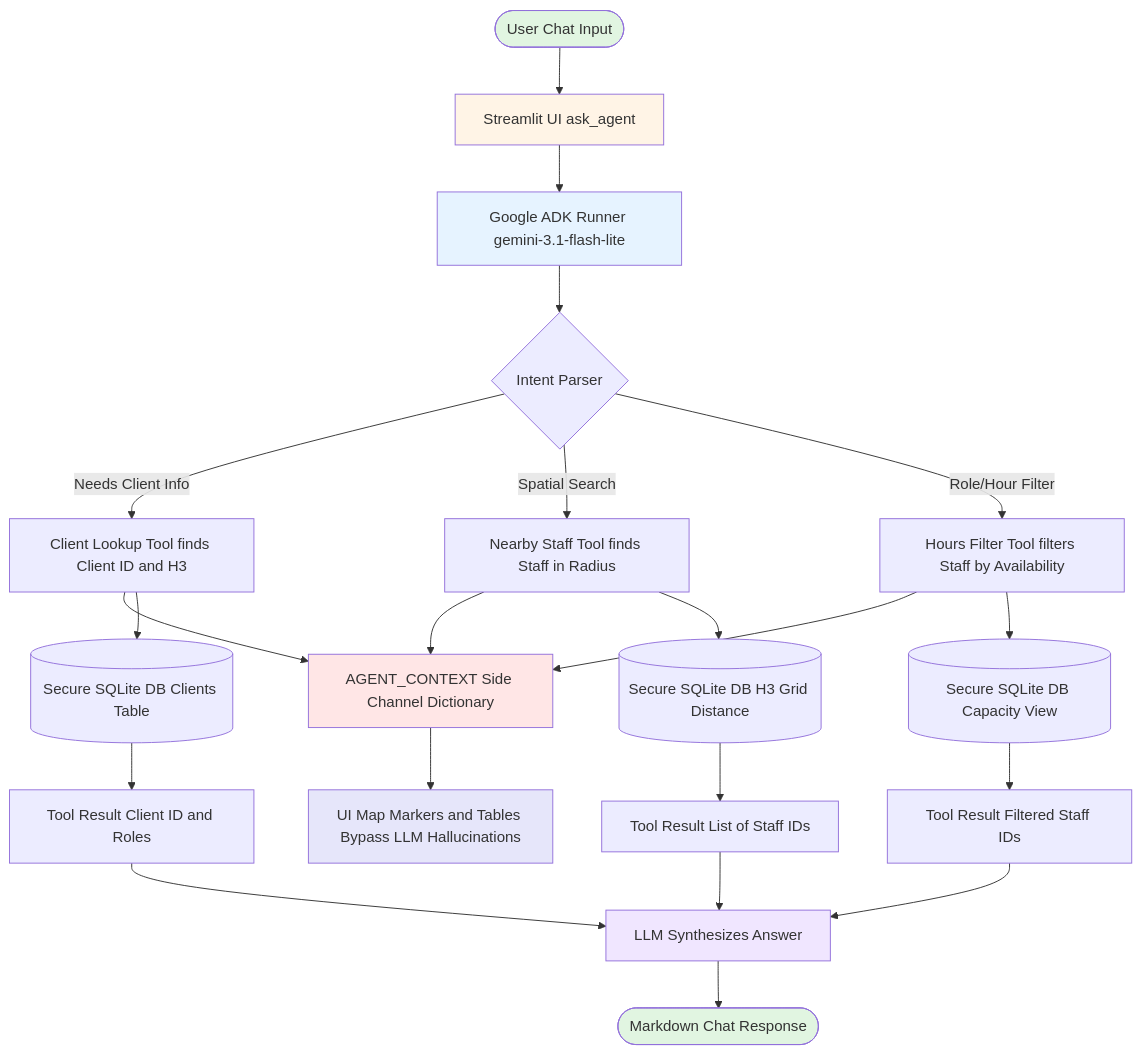
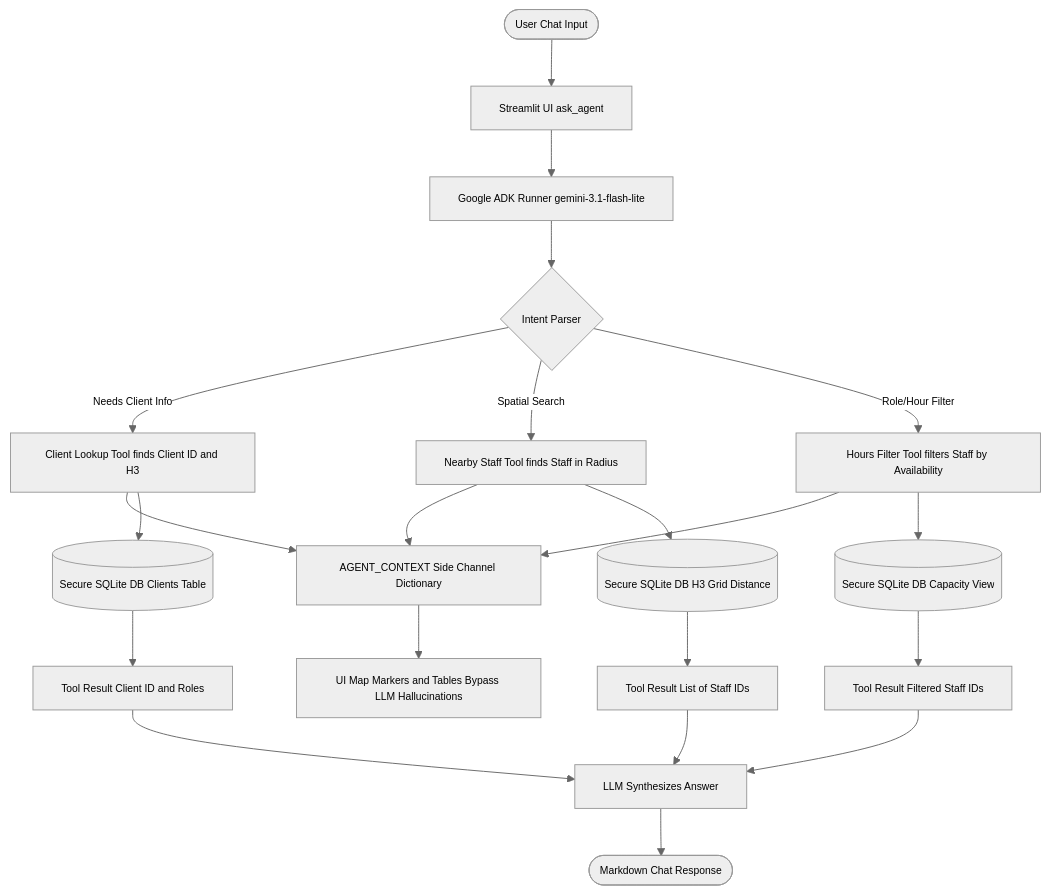
The third of 5 diagrams in workflows/architecture_workflows.md (the-write-path-code/ch07-proactive-event-driven-agents), drawn with Mermaid before and after one commit. The commit also changed other lines of this file, not shown here.

First line of the commit message:
Refactor mermaid diagrams and remove styles

````diff
--- a/workflows/architecture_workflows.md
+++ b/workflows/architecture_workflows.md
@@ -151,40 +147,34 @@
 ```mermaid
+%%{init: {"theme": "neutral", "themeVariables": {"fontFamily": "Arial, Helvetica, sans-serif", "fontSize": "11px", "actorFontSize": "11px", "noteFontSize": "10px", "messageFontSize": "10px"}}}%%
 flowchart TD
     Start([User Chat Input]) --> App[Streamlit UI ask_agent]
 
     App --> ADK[Google ADK Runner gemini-3.1-flash-lite]
 
     ADK --> ParsePrompt{Intent Parser}
 
     ParsePrompt -->|Needs Client Info| Tool1[Client Lookup Tool finds Client ID and H3]
     ParsePrompt -->|Spatial Search| Tool2[Nearby Staff Tool finds Staff in Radius]
     ParsePrompt -->|Role/Hour Filter| Tool3[Hours Filter Tool filters Staff by Availability]
 
     Tool1 --> ToolContext[AGENT_CONTEXT Side Channel Dictionary]
     Tool2 --> ToolContext
     Tool3 --> ToolContext
 
     ToolContext --> UpdateUI[UI Map Markers and Tables Bypass LLM Hallucinations]
 
     Tool1 --> DB1[(Secure SQLite DB Clients Table)]
     Tool2 --> DB2[(Secure SQLite DB H3 Grid Distance)]
     Tool3 --> DB3[(Secure SQLite DB Capacity View)]
 
     DB1 --> ReturnTool1[Tool Result Client ID and Roles]
     DB2 --> ReturnTool2[Tool Result List of Staff IDs]
     DB3 --> ReturnTool3[Tool Result Filtered Staff IDs]
 
     ReturnTool1 --> Compose[LLM Synthesizes Answer]
     ReturnTool2 --> Compose
     ReturnTool3 --> Compose
 
     Compose --> Output([Markdown Chat Response])
 
-    style Start fill:#e1f5e1
-    style Output fill:#e1f5e1
-    style App fill:#fff4e6
-    style ADK fill:#e6f3ff
-    style ToolContext fill:#ffe6e6
-    style UpdateUI fill:#e6e6fa
-    style Compose fill:#f0e6ff
 ```
````
